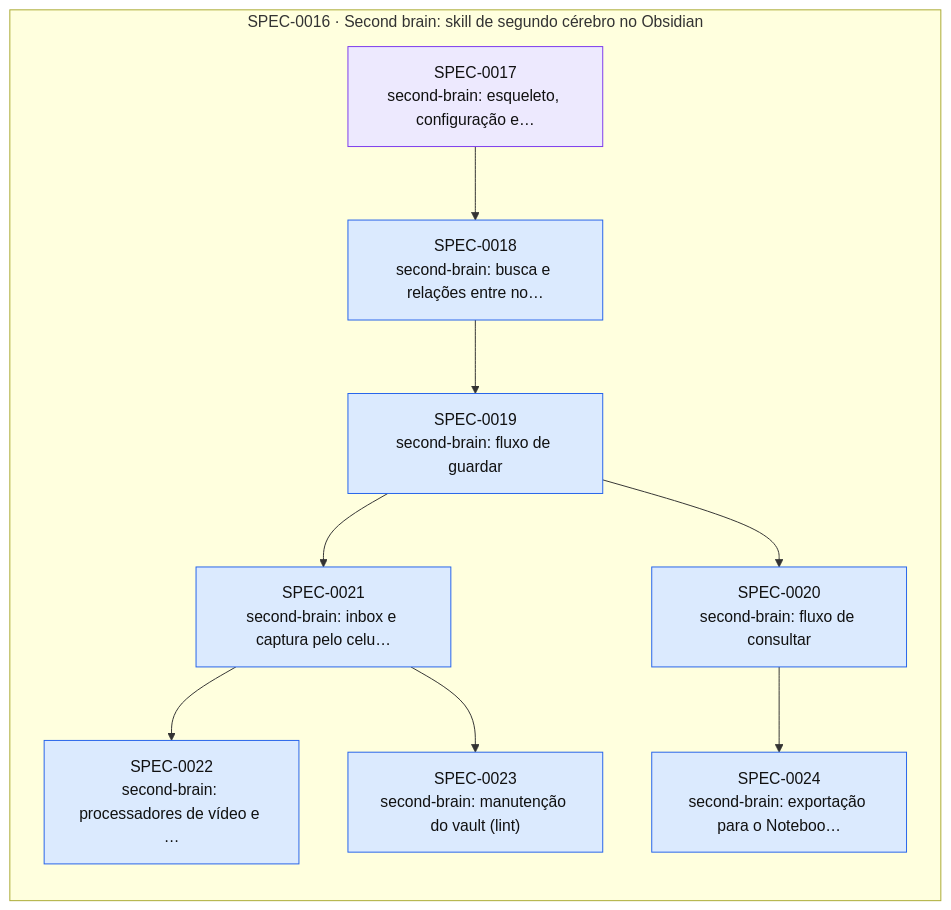
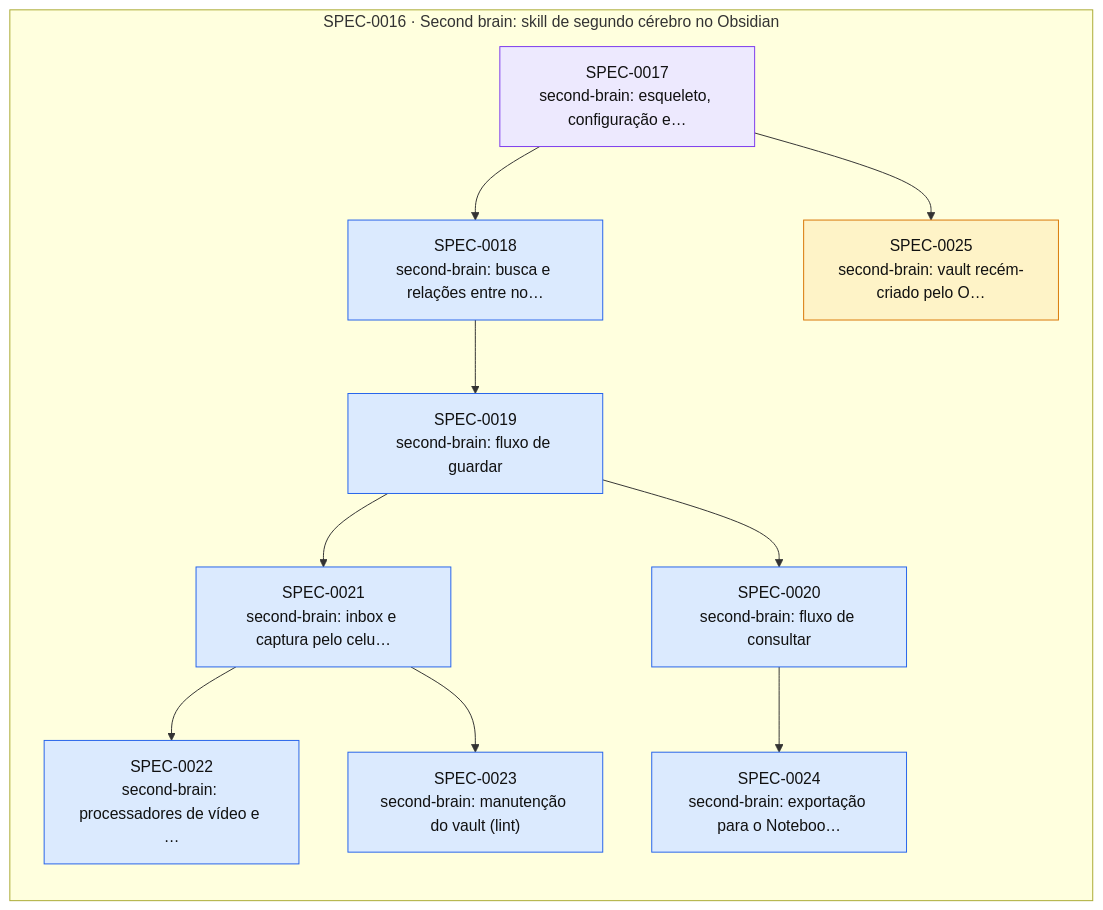
One commit to thomasravache/ai-dev-brain changed the diagram in docs/specs/INDEX.md. Above: the diagram before and after it, drawn with Mermaid. The commit also changed other lines of this file and 2 other files, not shown here.

First line of the commit message:
docs(specs): Relatório de Entrega, H2 e G6 da SPEC-0017; SPEC-0025 proposta

````diff
--- a/docs/specs/INDEX.md
+++ b/docs/specs/INDEX.md
@@ -52,25 +53,27 @@
 ```mermaid
 flowchart LR
   subgraph E0016["SPEC-0016 · Second brain: skill de segundo cérebro no Obsidian"]
     S0017["SPEC-0017<br/>second-brain: esqueleto, configuração e…"]:::inprogress
     S0018["SPEC-0018<br/>second-brain: busca e relações entre no…"]:::approved
     S0019["SPEC-0019<br/>second-brain: fluxo de guardar"]:::approved
     S0020["SPEC-0020<br/>second-brain: fluxo de consultar"]:::approved
     S0021["SPEC-0021<br/>second-brain: inbox e captura pelo celu…"]:::approved
     S0022["SPEC-0022<br/>second-brain: processadores de vídeo e …"]:::approved
     S0023["SPEC-0023<br/>second-brain: manutenção do vault (lint)"]:::approved
     S0024["SPEC-0024<br/>second-brain: exportação para o Noteboo…"]:::approved
+    S0025["SPEC-0025<br/>second-brain: vault recém-criado pelo O…"]:::proposed
   end
   S0017 --> S0018
   S0018 --> S0019
   S0019 --> S0020
   S0019 --> S0021
   S0021 --> S0022
   S0021 --> S0023
   S0020 --> S0024
+  S0017 --> S0025
   classDef proposed fill:#fef3c7,stroke:#d97706,color:#111
   classDef approved fill:#dbeafe,stroke:#2563eb,color:#111
   classDef inprogress fill:#ede9fe,stroke:#7c3aed,color:#111
   classDef implemented fill:#dcfce7,stroke:#16a34a,color:#111
   classDef deprecated fill:#f3f4f6,stroke:#9ca3af,color:#6b7280
 ```
````
